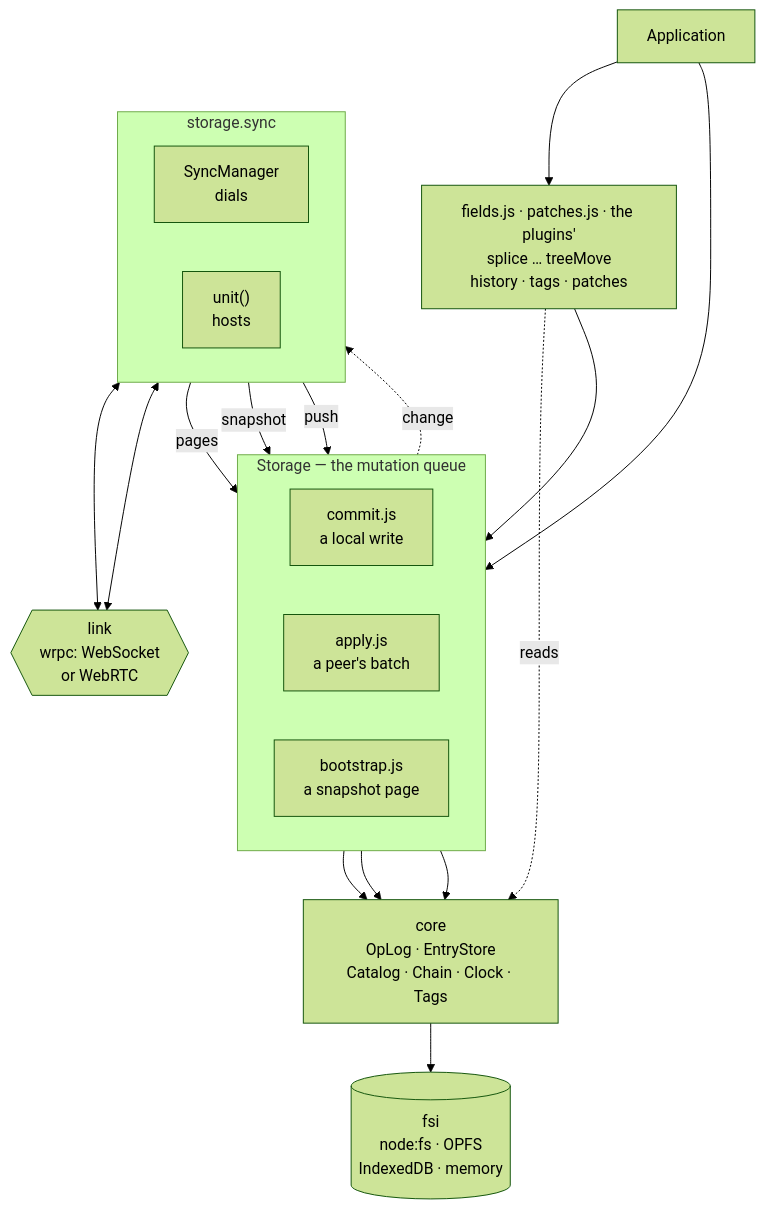
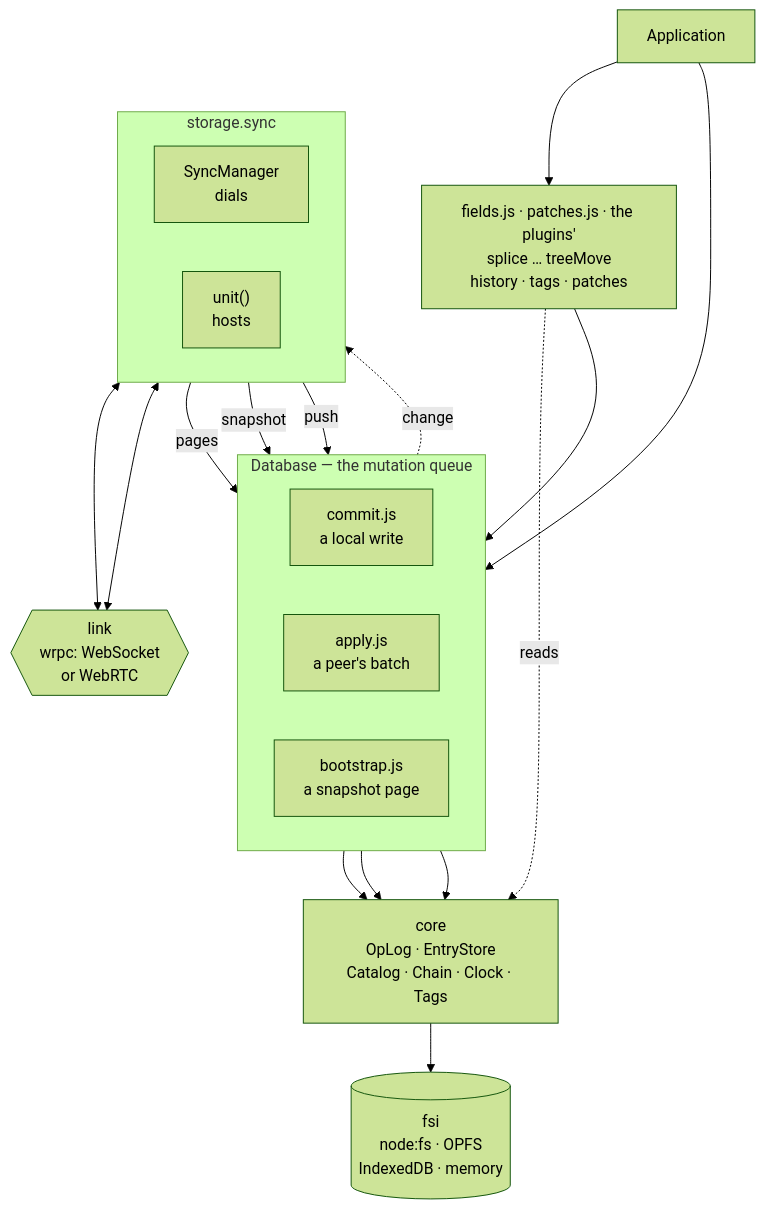
The first of 4 diagrams in docs/guide/architecture.md (Alexis-Technologies/syncom), drawn with Mermaid (forest theme) before and after one commit. The commit also changed other lines of this file and 312 other files, not shown here.

````diff
--- a/docs/guide/architecture.md
+++ b/docs/guide/architecture.md
@@ -19,33 +19,33 @@
 ```mermaid
 flowchart TB
   app["Application"]
   api["fields.js · patches.js · the plugins'<br/>splice … treeMove<br/>history · tags · patches"]
-  subgraph storage["Storage — the mutation queue"]
+  subgraph storage["Database — the mutation queue"]
     direction LR
     commit["commit.js<br/>a local write"]
     apply["apply.js<br/>a peer's batch"]
     boot["bootstrap.js<br/>a snapshot page"]
   end
   core["core<br/>OpLog · EntryStore<br/>Catalog · Chain · Clock · Tags"]
   fsi[("fsi<br/>node:fs · OPFS<br/>IndexedDB · memory")]
   subgraph sync["storage.sync"]
     direction LR
     dial["SyncManager<br/>dials"]
     host["unit()<br/>hosts"]
   end
   link{{"link<br/>wrpc: WebSocket<br/>or WebRTC"}}
   app --> commit
   app --> api
   api --> commit
   api -. reads .-> core
   commit --> core
   apply --> core
   boot --> core
   core --> fsi
   commit -. change .-> dial
   dial -- pages --> apply
   dial -- snapshot --> boot
   host -- push --> apply
   dial <--> link
   host <--> link
 ```
````
